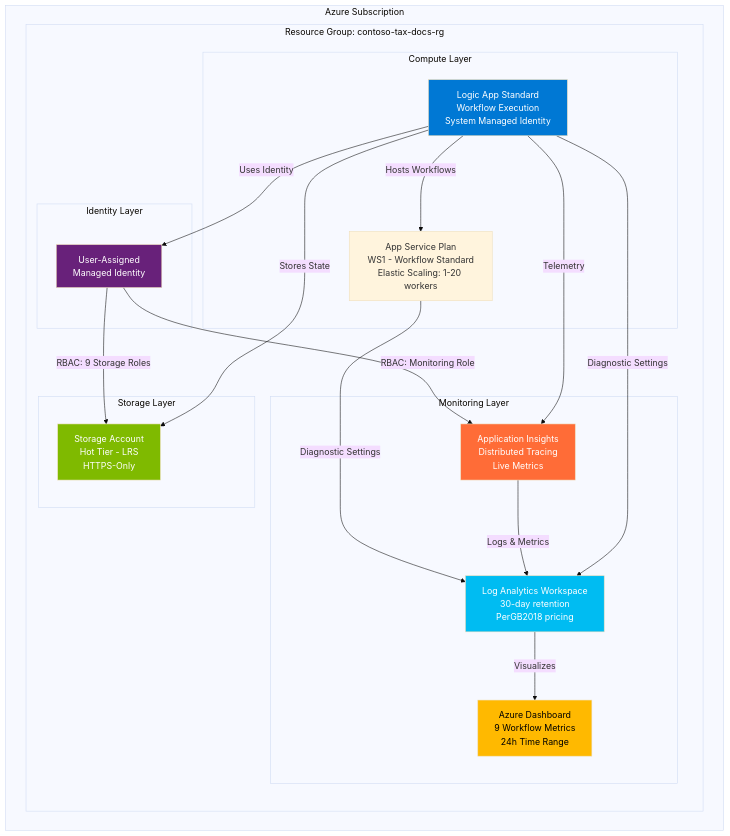
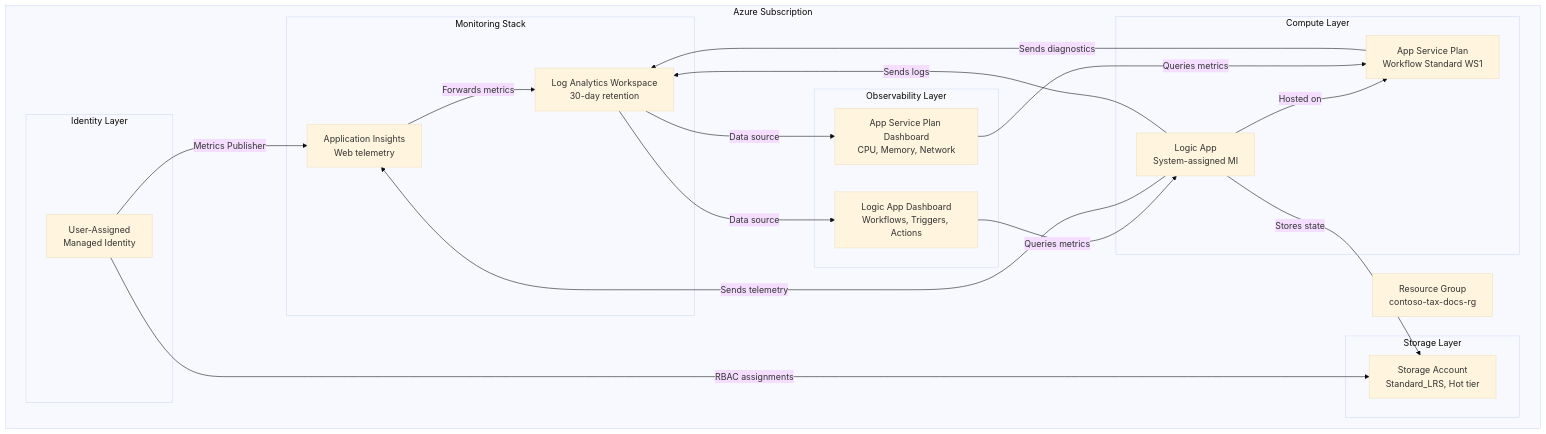
The first of 2 diagrams in README.md (Evilazaro/Azure-LogicApps-Monitoring), drawn with Mermaid (base theme) before and after one commit. The commit also changed other lines of this file and 1 other file, not shown here.

````diff
--- a/README.md
+++ b/README.md
@@ -87,43 +246,42 @@
 ```mermaid
-graph TB
-    subgraph "Azure Subscription"
-        subgraph "Resource Group: contoso-tax-docs-rg"
-            subgraph "Compute Layer"
-                ASP[App Service Plan<br/>WS1 - Workflow Standard<br/>Elastic Scaling: 1-20 workers]
-                LA[Logic App Standard<br/>Workflow Execution<br/>System Managed Identity]
-            end
-            
-            subgraph "Storage Layer"
-                SA[Storage Account<br/>Hot Tier - LRS<br/>HTTPS-Only]
-            end
-            
-            subgraph "Monitoring Layer"
-                LAW[Log Analytics Workspace<br/>30-day retention<br/>PerGB2018 pricing]
-                AI[Application Insights<br/>Distributed Tracing<br/>Live Metrics]
-                DASH[Azure Dashboard<br/>9 Workflow Metrics<br/>24h Time Range]
-            end
-            
-            subgraph "Identity Layer"
-                UMI[User-Assigned<br/>Managed Identity]
-            end
+flowchart TB
+    subgraph Azure Subscription
+        RG[Resource Group<br/>contoso-tax-docs-rg]
+        
+        subgraph Monitoring Stack
+            LAW[Log Analytics Workspace<br/>30-day retention]
+            AI[Application Insights<br/>Web telemetry]
+        end
+        
+        subgraph Compute Layer
+            ASP[App Service Plan<br/>Workflow Standard WS1]
+            LA[Logic App<br/>System-assigned MI]
+        end
+        
+        subgraph Storage Layer
+            SA[Storage Account<br/>Standard_LRS, Hot tier]
+        end
+        
+        subgraph Observability Layer
+            D1[App Service Plan Dashboard<br/>CPU, Memory, Network]
+            D2[Logic App Dashboard<br/>Workflows, Triggers, Actions]
+        end
+        
+        subgraph Identity Layer
+            UMI[User-Assigned<br/>Managed Identity]
         end
     end
     
-    LA -->|Hosts Workflows| ASP
-    LA -->|Stores State| SA
-    LA -->|Diagnostic Settings| LAW
-    LA -->|Telemetry| AI
-    AI -->|Logs & Metrics| LAW
-    ASP -->|Diagnostic Settings| LAW
-    LAW -->|Visualizes| DASH
-    UMI -->|RBAC: 9 Storage Roles| SA
-    UMI -->|RBAC: Monitoring Role| AI
-    LA -->|Uses Identity| UMI
-    
-    style LA fill:#0078D4,color:#fff
-    style AI fill:#FF6C37,color:#fff
-    style LAW fill:#00BCF2,color:#fff
-    style SA fill:#7FBA00,color:#fff
-    style DASH fill:#FFB900,color:#000
-    style UMI fill:#68217A,color:#fff
+    LA -->|Hosted on| ASP
+    LA -->|Sends telemetry| AI
+    LA -->|Sends logs| LAW
+    LA -->|Stores state| SA
+    ASP -->|Sends diagnostics| LAW
+    AI -->|Forwards metrics| LAW
+    UMI -->|RBAC assignments| SA
+    UMI -->|Metrics Publisher| AI
+    D1 -->|Queries metrics| ASP
+    D2 -->|Queries metrics| LA
+    LAW -->|Data source| D1
+    LAW -->|Data source| D2
 ```
````
